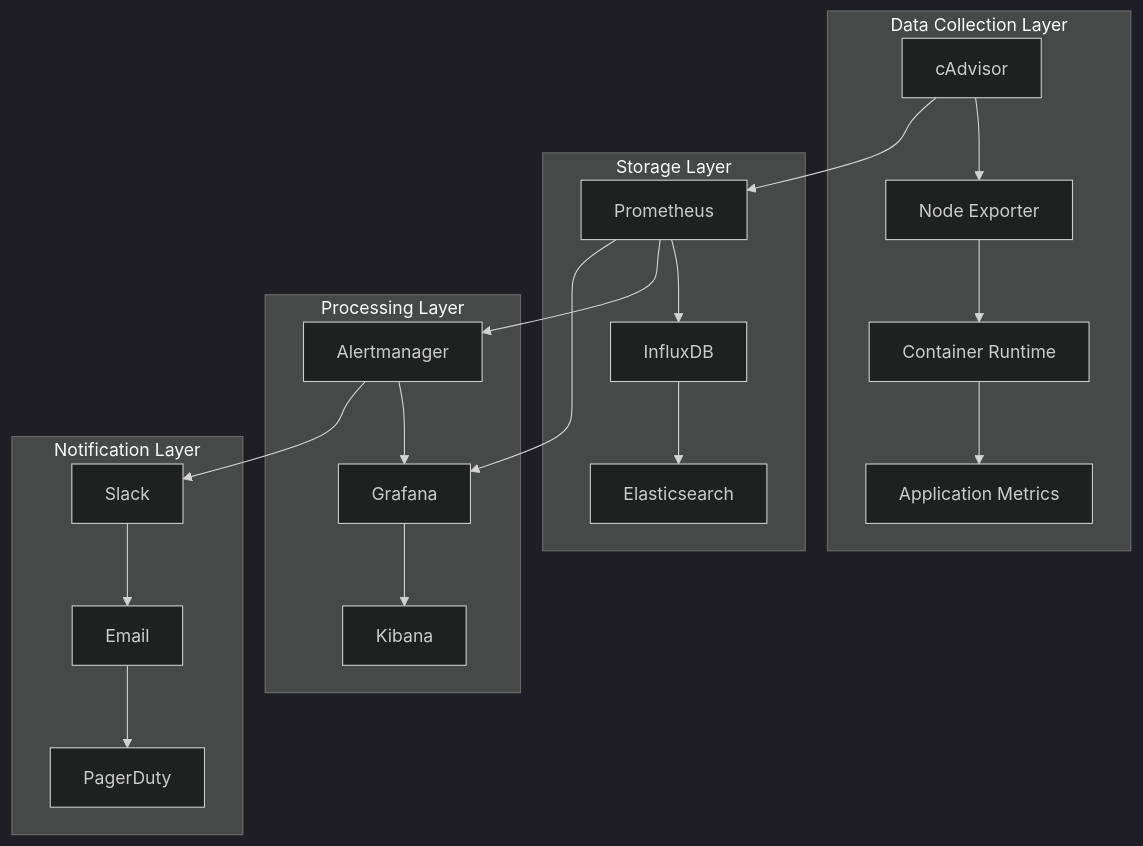
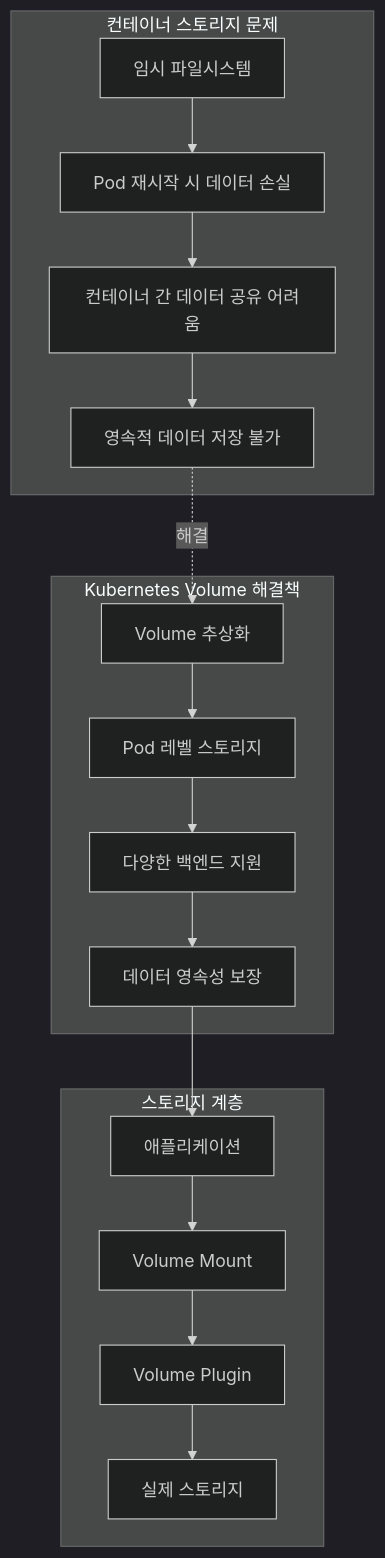
Before and after one commit to niceguy61/kdt_devops_lecture_2025: the first of 4 diagrams in week_02/day_02/session_05.md, drawn with Mermaid (dark theme). The commit also changed other lines of this file and 38 other files, not shown here.

````diff
--- a/week_02/day_02/session_05.md
+++ b/week_02/day_02/session_05.md
@@ -15,28 +16,23 @@
 ```mermaid
 graph TB
-    subgraph "Data Collection Layer"
-        A[cAdvisor] --> B[Node Exporter]
-        B --> C[Container Runtime]
-        C --> D[Application Metrics]
+    subgraph "컨테이너 스토리지 문제"
+        A[임시 파일시스템] --> B[Pod 재시작 시 데이터 손실]
+        B --> C[컨테이너 간 데이터 공유 어려움]
+        C --> D[영속적 데이터 저장 불가]
     end
     
-    subgraph "Storage Layer"
-        E[Prometheus] --> F[InfluxDB]
-        F --> G[Elasticsearch]
+    subgraph "Kubernetes Volume 해결책"
+        E[Volume 추상화] --> F[Pod 레벨 스토리지]
+        F --> G[다양한 백엔드 지원]
+        G --> H[데이터 영속성 보장]
     end
     
-    subgraph "Processing Layer"
-        H[Alertmanager] --> I[Grafana]
-        I --> J[Kibana]
+    subgraph "스토리지 계층"
+        I[애플리케이션] --> J[Volume Mount]
+        J --> K[Volume Plugin]
+        K --> L[실제 스토리지]
     end
     
-    subgraph "Notification Layer"
-        K[Slack] --> L[Email]
-        L --> M[PagerDuty]
-    end
-    
-    A --> E
-    E --> H
-    H --> K
-    E --> I
+    D -.->|해결| E
+    H --> I
 ```
````
